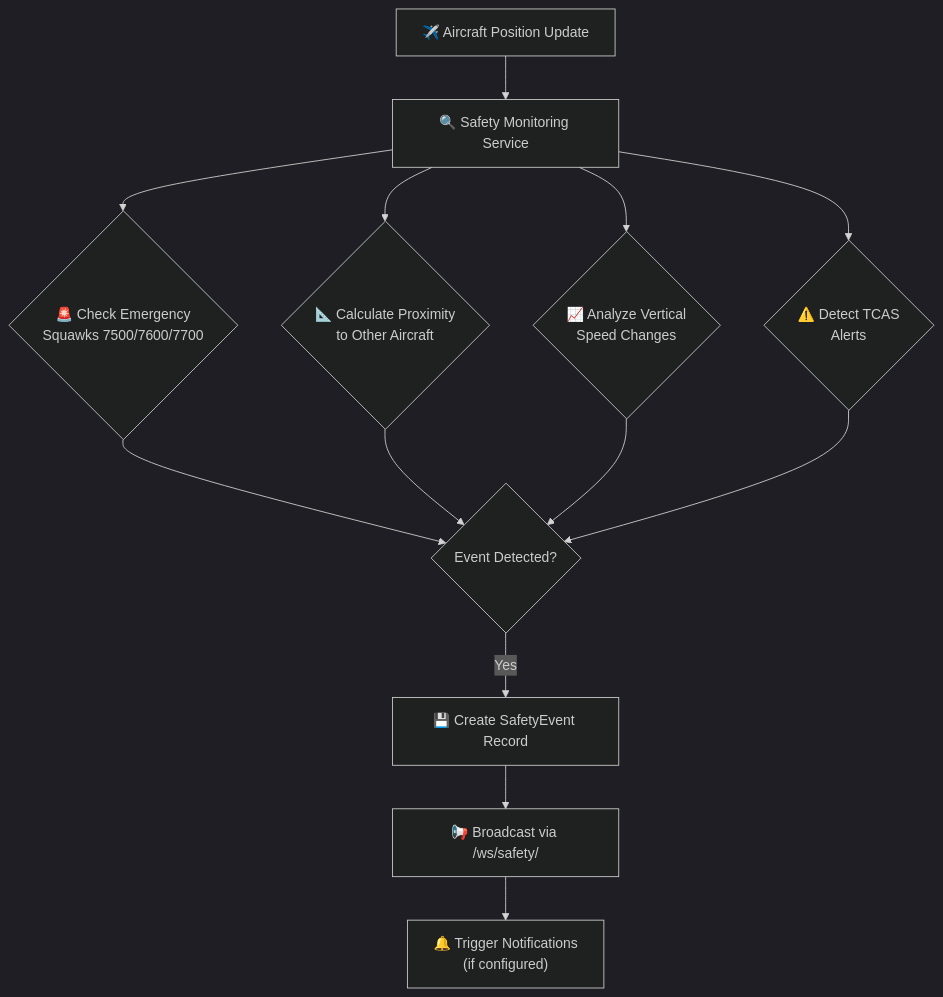
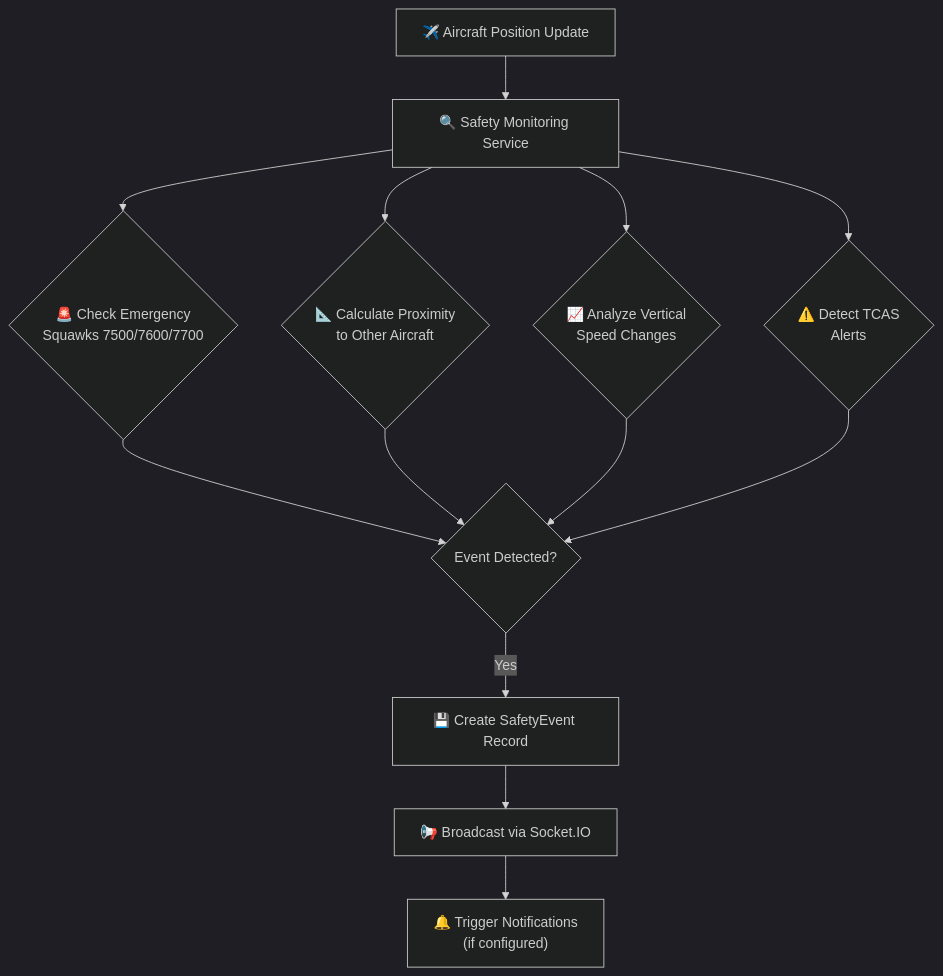
Before and after one commit to CHA0S-CORP/SkySpy: the third of 4 diagrams in docs/01-overview.md, drawn with Mermaid (dark theme). The commit also changed other lines of this file and 66 other files, not shown here.

````diff
--- a/docs/01-overview.md
+++ b/docs/01-overview.md
@@ -267,18 +267,18 @@
 ```mermaid
 flowchart TD
     A["✈️ Aircraft Position Update"] --> B["🔍 Safety Monitoring Service"]
 
     B --> C{"🚨 Check Emergency<br/>Squawks 7500/7600/7700"}
     B --> D{"📐 Calculate Proximity<br/>to Other Aircraft"}
     B --> E{"📈 Analyze Vertical<br/>Speed Changes"}
     B --> F{"⚠️ Detect TCAS<br/>Alerts"}
 
     C --> G{"Event Detected?"}
     D --> G
     E --> G
     F --> G
 
     G -->|Yes| H["💾 Create SafetyEvent Record"]
-    H --> I["📢 Broadcast via /ws/safety/"]
+    H --> I["📢 Broadcast via Socket.IO"]
     I --> J["🔔 Trigger Notifications<br/>(if configured)"]
 ```
````
